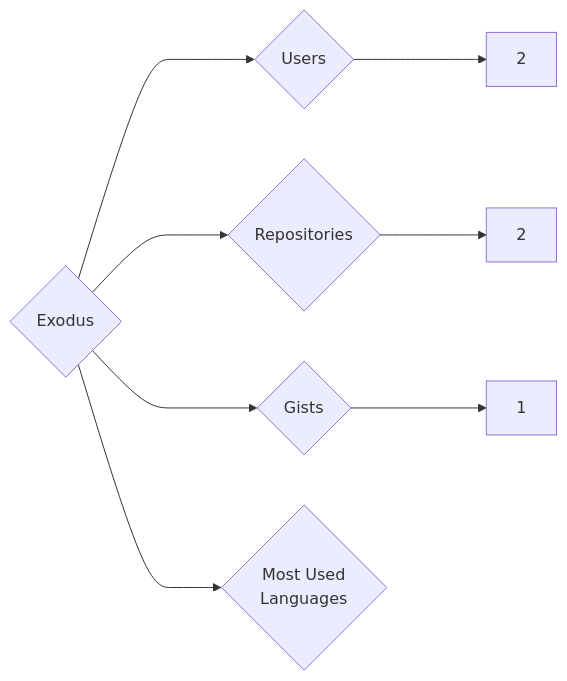
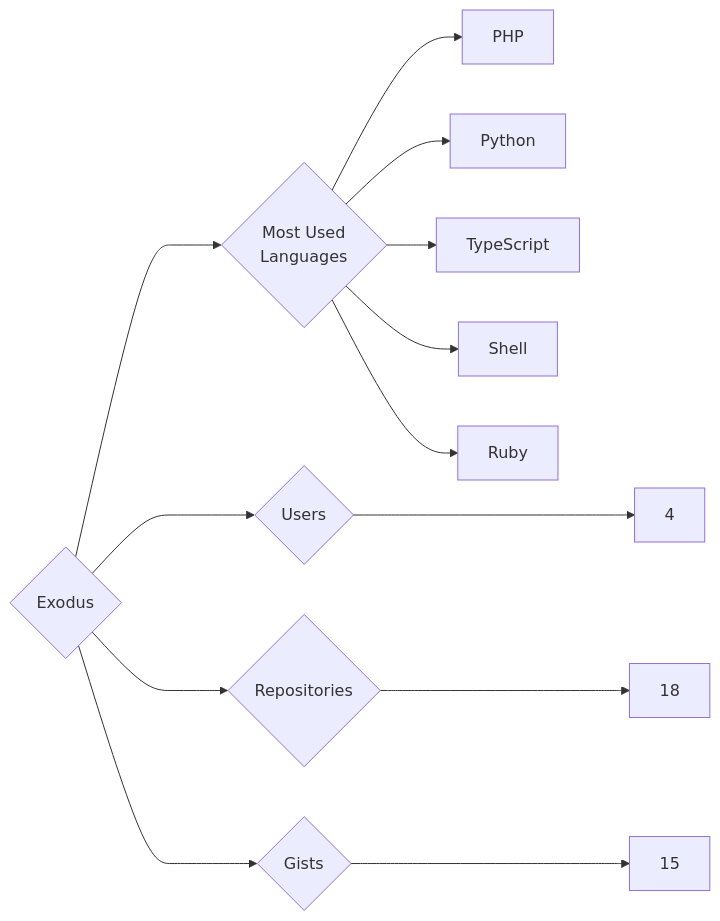
One commit to trickest/insiders changed the diagram in targets/Exodus/README.md. Above: the diagram before and after it, drawn with Mermaid. The commit also changed 859 other files, not shown here.

````diff
--- a/targets/Exodus/README.md
+++ b/targets/Exodus/README.md
@@ -3,8 +3,13 @@
 ```mermaid
 graph LR
 COMPANY_NAME{Exodus}
-COMPANY_NAME ---> U{Users} ---> UN[2]
-COMPANY_NAME ---> R{Repositories} ---> RN[2]
-COMPANY_NAME ---> G{Gists} ---> GN[1]
+COMPANY_NAME ---> U{Users} ---> UN[4]
+COMPANY_NAME ---> R{Repositories} ---> RN[18]
+COMPANY_NAME ---> G{Gists} ---> GN[15]
 COMPANY_NAME ---> ML{Most Used<br>Languages}
+ML --> PHP[PHP]
+ML --> Python[Python]
+ML --> TypeScript[TypeScript]
+ML --> Shell[Shell]
+ML --> Ruby[Ruby]
 ```
````
